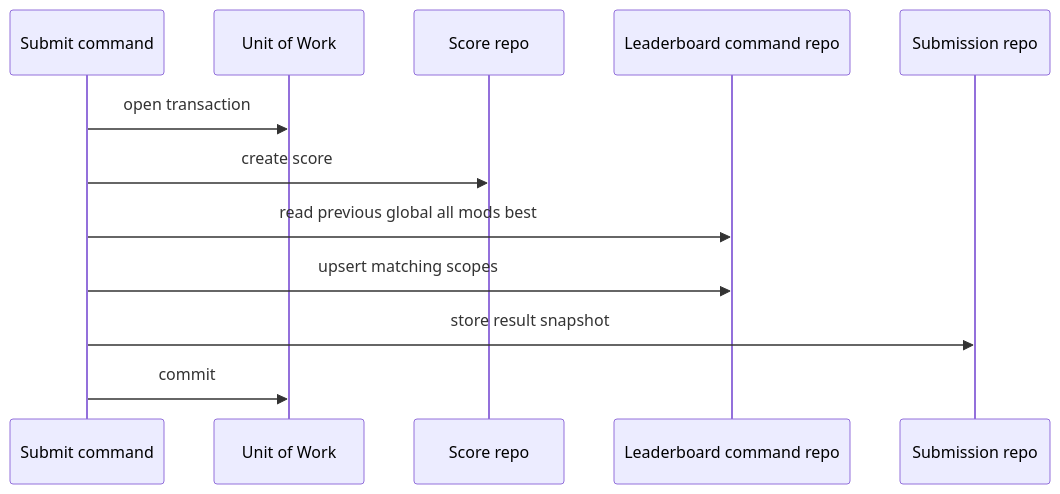
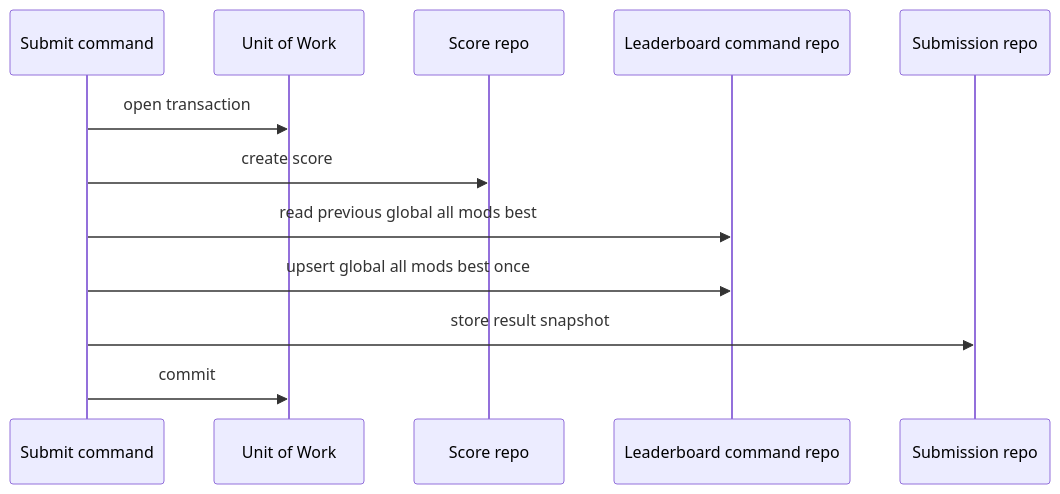
Before and after one commit to Reticulmz/athena: the third of 6 diagrams in .kiro/specs/beatmap-leaderboards/design.md, drawn with Mermaid. The commit also changed other lines of this file and 130 other files, not shown here.

````diff
--- a/.kiro/specs/beatmap-leaderboards/design.md
+++ b/.kiro/specs/beatmap-leaderboards/design.md
@@ -247,15 +248,15 @@
 ```mermaid
 sequenceDiagram
     participant Submit as Submit command
     participant Uow as Unit of Work
     participant Scores as Score repo
     participant Leaderboards as Leaderboard command repo
     participant Submissions as Submission repo
 
     Submit->>Uow: open transaction
     Submit->>Scores: create score
     Submit->>Leaderboards: read previous global all mods best
-    Submit->>Leaderboards: upsert matching scopes
+    Submit->>Leaderboards: upsert global all mods best once
     Submit->>Submissions: store result snapshot
     Submit->>Uow: commit
 ```
````
